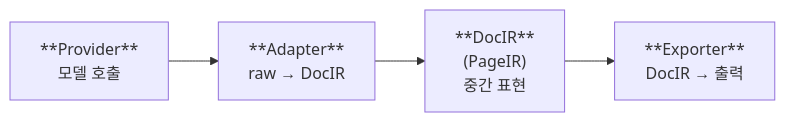
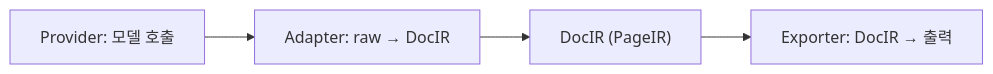
Before and after one commit to appleparan/saegim: the second of 7 diagrams in docs/architecture/docir-architecture.md, drawn with Mermaid. The commit also changed other lines of this file, not shown here.

First line of the commit message:
docs: fix mermaid node labels for GitHub compatibility

````diff
--- a/docs/architecture/docir-architecture.md
+++ b/docs/architecture/docir-architecture.md
@@ -39,9 +39,9 @@
 ```mermaid
 flowchart LR
-    P["**Provider**\n모델 호출"]
-    A["**Adapter**\nraw → DocIR"]
-    D["**DocIR**\n(PageIR)\n중간 표현"]
-    E["**Exporter**\nDocIR → 출력"]
+    P["Provider: 모델 호출"]
+    A["Adapter: raw → DocIR"]
+    D["DocIR (PageIR)"]
+    E["Exporter: DocIR → 출력"]
 
     P --> A --> D --> E
 ```
````
